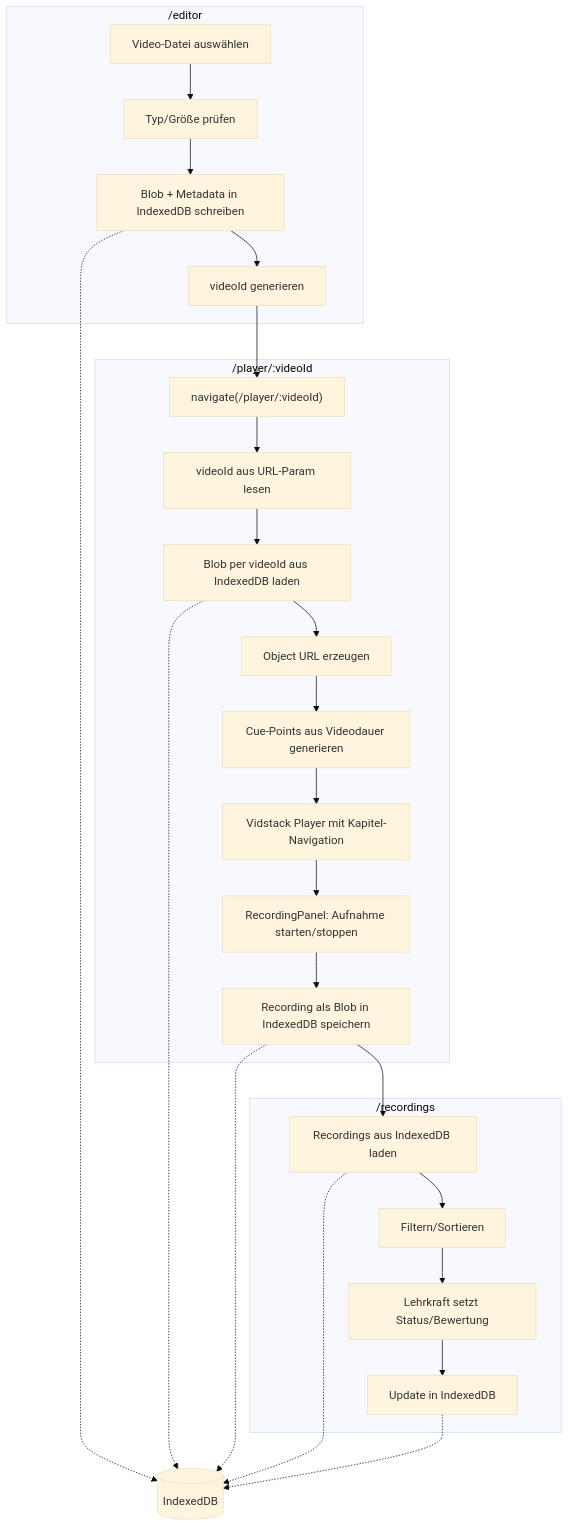
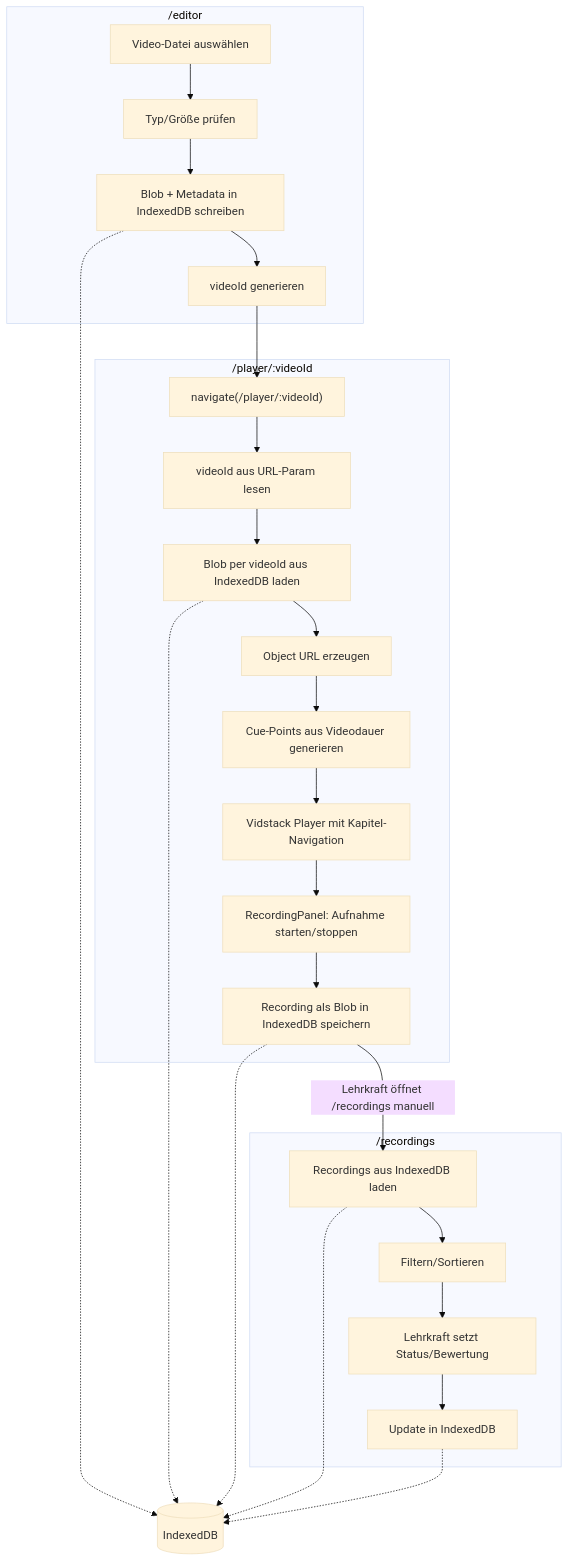
One commit to Gibgambo/aufgabe_onilo changed the diagram in README.md. Above: the diagram before and after it, drawn with Mermaid (base theme).

Commit message:
CodeReview8: Readme anpassungen

````diff
--- a/README.md
+++ b/README.md
@@ -10,35 +10,35 @@
 ```mermaid
 flowchart TD
     subgraph Editor["/editor"]
         A[Video-Datei auswählen] --> B[Typ/Größe prüfen]
         B --> C[Blob + Metadata in IndexedDB schreiben]
         C --> D[videoId generieren]
     end
 
     D --> E["navigate(/player/:videoId)"]
 
     subgraph Player["/player/:videoId"]
         E --> F[videoId aus URL-Param lesen]
         F --> G[Blob per videoId aus IndexedDB laden]
         G --> H[Object URL erzeugen]
         H --> I[Cue-Points aus Videodauer generieren]
         I --> J[Vidstack Player mit Kapitel-Navigation]
         J --> K[RecordingPanel: Aufnahme starten/stoppen]
         K --> L[Recording als Blob in IndexedDB speichern]
     end
 
-    L --> M
+    L -->|Lehrkraft öffnet /recordings manuell| M
 
     subgraph Dashboard["/recordings"]
         M[Recordings aus IndexedDB laden] --> N[Filtern/Sortieren]
         N --> O[Lehrkraft setzt Status/Bewertung]
         O --> P[Update in IndexedDB]
     end
 
     IDB[(IndexedDB)]
     C -.-> IDB
     G -.-> IDB
     L -.-> IDB
     M -.-> IDB
     P -.-> IDB
 ```
````
